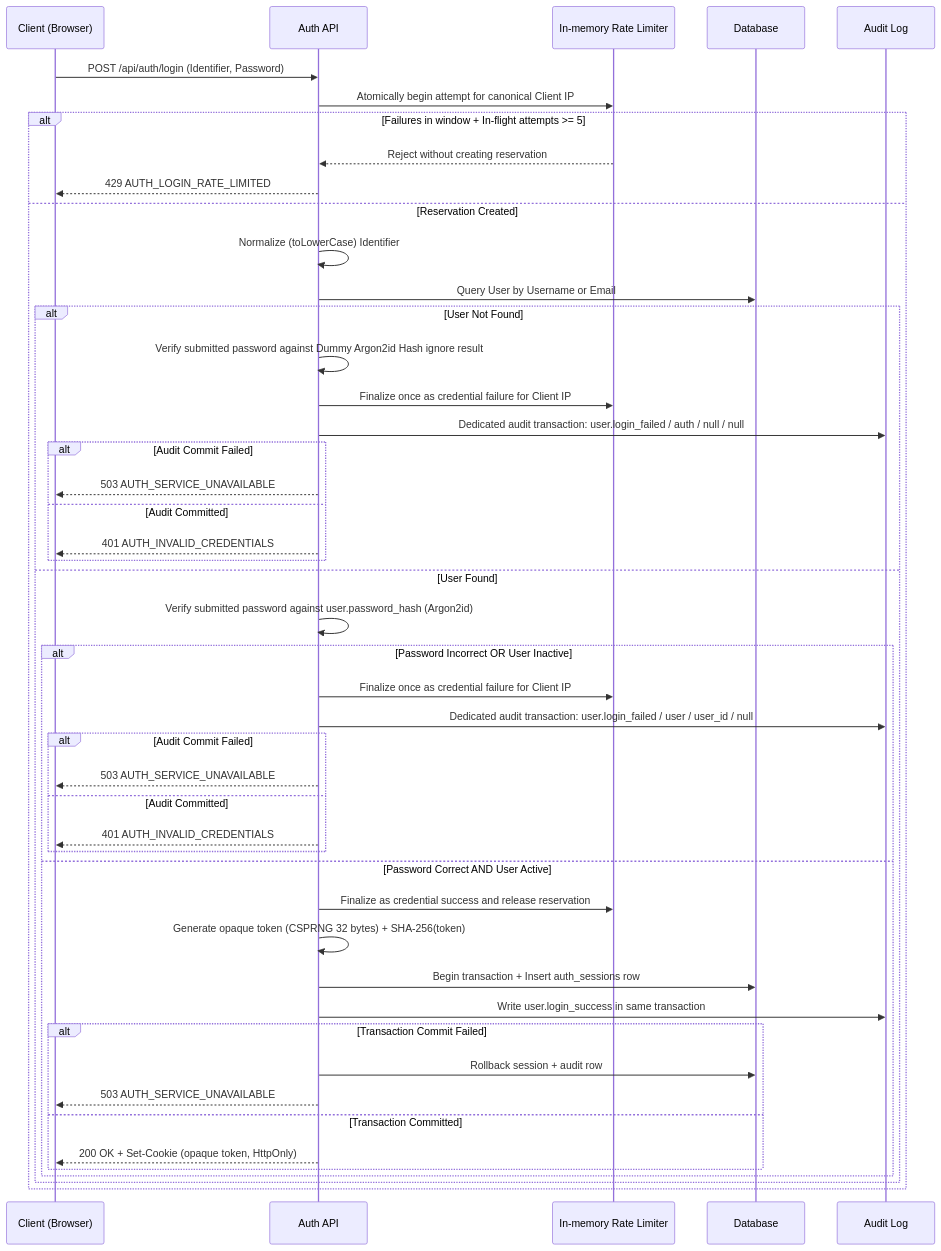
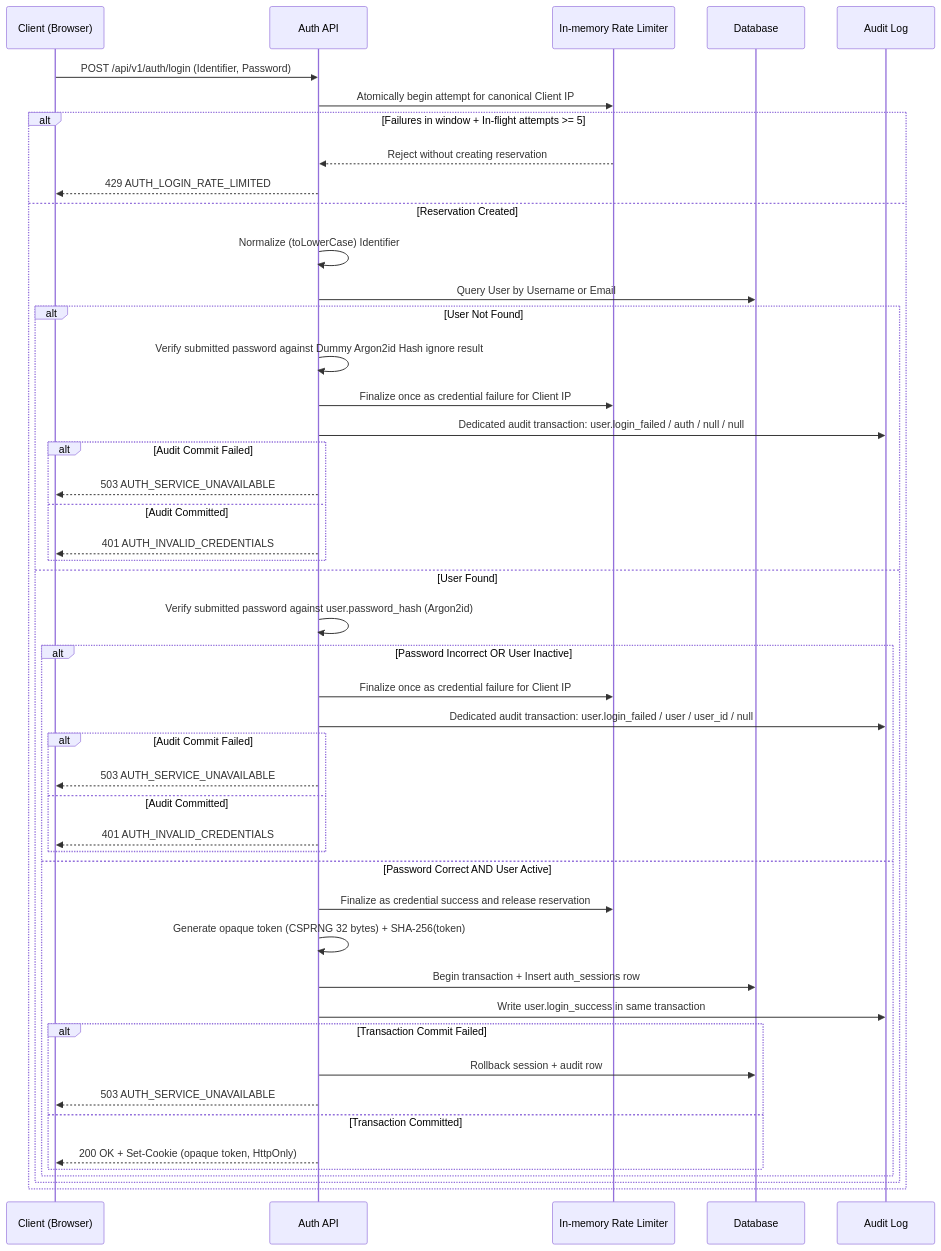
The third of 5 diagrams in 02_feature/00_Authentication(Naphat)/03_Component Diagram.md (napgat/NyNetMate-Research), drawn with Mermaid before and after one commit. The commit also changed other lines of this file and 57 other files, not shown here.

````diff
--- a/02_feature/00_Authentication(Naphat)/03_Component Diagram.md
+++ b/02_feature/00_Authentication(Naphat)/03_Component Diagram.md
@@ -236,51 +239,51 @@
 ```mermaid
 sequenceDiagram
     participant C as Client (Browser)
     participant A as Auth API
     participant R as In-memory Rate Limiter
     participant DB as Database
     participant L as Audit Log
 
-    C->>A: POST /api/auth/login (Identifier, Password)
+    C->>A: POST /api/v1/auth/login (Identifier, Password)
     A->>R: Atomically begin attempt for canonical Client IP
     alt Failures in window + In-flight attempts >= 5
         R-->>A: Reject without creating reservation
         A-->>C: 429 AUTH_LOGIN_RATE_LIMITED
     else Reservation Created
         A->>A: Normalize (toLowerCase) Identifier
         A->>DB: Query User by Username or Email
 
         alt User Not Found
             A->>A: Verify submitted password against Dummy Argon2id Hash ignore result
             A->>R: Finalize once as credential failure for Client IP
             A->>L: Dedicated audit transaction: user.login_failed / auth / null / null
             alt Audit Commit Failed
                 A-->>C: 503 AUTH_SERVICE_UNAVAILABLE
             else Audit Committed
                 A-->>C: 401 AUTH_INVALID_CREDENTIALS
             end
         else User Found
             A->>A: Verify submitted password against user.password_hash (Argon2id)
             alt Password Incorrect OR User Inactive
                 A->>R: Finalize once as credential failure for Client IP
                 A->>L: Dedicated audit transaction: user.login_failed / user / user_id / null
                 alt Audit Commit Failed
                     A-->>C: 503 AUTH_SERVICE_UNAVAILABLE
                 else Audit Committed
                     A-->>C: 401 AUTH_INVALID_CREDENTIALS
                 end
             else Password Correct AND User Active
                 A->>R: Finalize as credential success and release reservation
                 A->>A: Generate opaque token (CSPRNG 32 bytes) + SHA-256(token)
                 A->>DB: Begin transaction + Insert auth_sessions row
                 A->>L: Write user.login_success in same transaction
                 alt Transaction Commit Failed
                     A->>DB: Rollback session + audit row
                     A-->>C: 503 AUTH_SERVICE_UNAVAILABLE
                 else Transaction Committed
                     A-->>C: 200 OK + Set-Cookie (opaque token, HttpOnly)
                 end
             end
         end
     end
 ```
````
